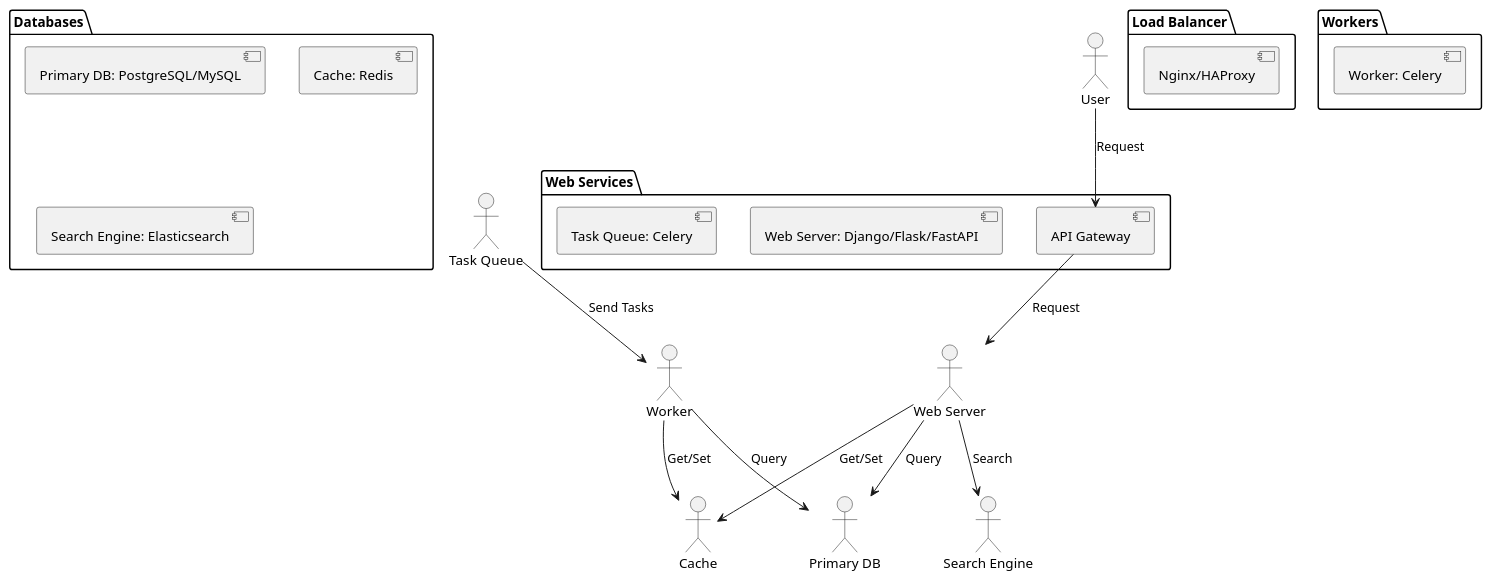
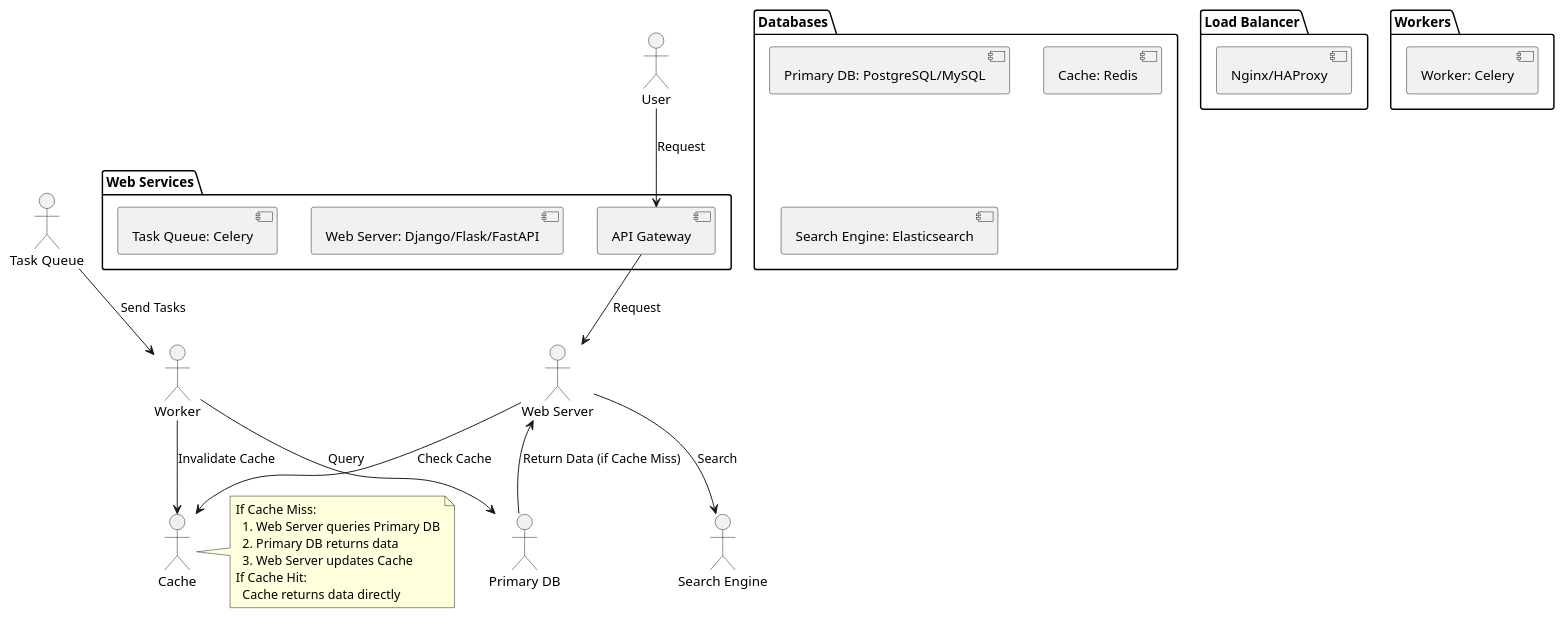
The diagram in high_traffic_calendar/high_traffic_calendar_backend_architecture.puml (huangyingw/system_design), drawn with PlantUML before and after one commit.

```diff
--- a/high_traffic_calendar/high_traffic_calendar_backend_architecture.puml
+++ b/high_traffic_calendar/high_traffic_calendar_backend_architecture.puml
@@ -1,34 +1,42 @@
 @startuml
 
 package "Web Services" {
   [API Gateway]
   [Web Server: Django/Flask/FastAPI]
   [Task Queue: Celery]
 }
 
 package "Databases" {
   [Primary DB: PostgreSQL/MySQL]
   [Cache: Redis]
   [Search Engine: Elasticsearch]
 }
 
 package "Load Balancer" {
   [Nginx/HAProxy]
 }
 
 package "Workers" {
   [Worker: Celery]
 }
 
 actor User
 
 User --> "API Gateway": Request
 "API Gateway" --> "Web Server": Request
-"Web Server" --> "Primary DB": Query
-"Web Server" --> "Cache": Get/Set
+"Web Server" --> "Cache": Check Cache
+note right of "Cache"
+  If Cache Miss:
+    1. Web Server queries Primary DB
+    2. Primary DB returns data
+    3. Web Server updates Cache
+  If Cache Hit:
+    Cache returns data directly
+end note
+"Web Server" <-- "Primary DB": Return Data (if Cache Miss)
 "Web Server" --> "Search Engine": Search
 "Task Queue" --> "Worker": Send Tasks
 "Worker" --> "Primary DB": Query
-"Worker" --> "Cache": Get/Set
+"Worker" --> "Cache": Invalidate Cache
 
 @enduml
```
